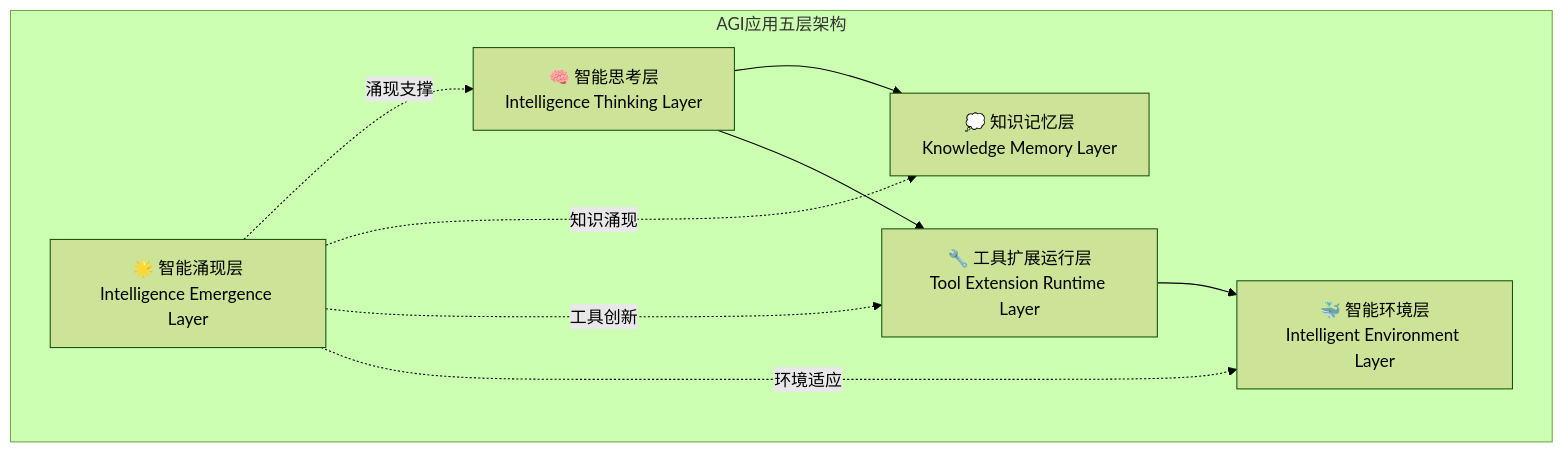
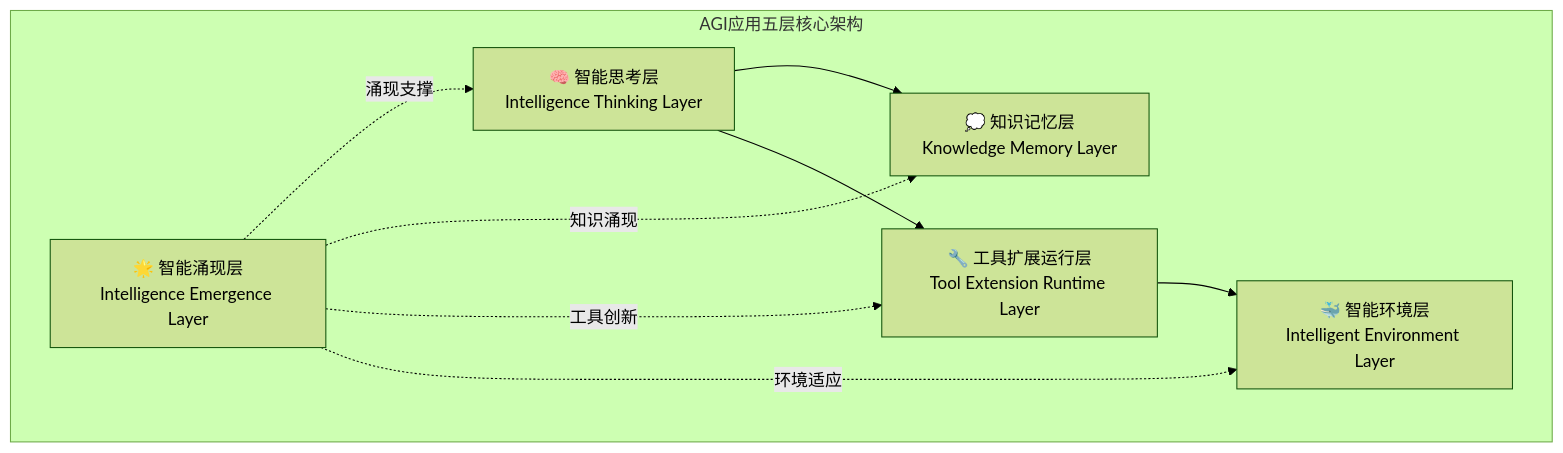
One commit to youyoude/agi-app-dev-guide-book changed the seventh of 9 diagrams in 前言部分/从多智能体到AGI应用.md. Above: the diagram before and after it, drawn with Mermaid (forest theme). The commit also changed other lines of this file and 1 other file, not shown here.

````diff
--- a/前言部分/从多智能体到AGI应用.md
+++ b/前言部分/从多智能体到AGI应用.md
@@ -330,19 +378,19 @@
 ```mermaid
 graph TB
-    subgraph "AGI应用五层架构"
+    subgraph "AGI应用五层核心架构"
         IE["🌟 智能涌现层<br/>Intelligence Emergence Layer"]
         IT["🧠 智能思考层<br/>Intelligence Thinking Layer"]
         KM["💭 知识记忆层<br/>Knowledge Memory Layer"]
         TR["🔧 工具扩展运行层<br/>Tool Extension Runtime Layer"]
         ENV["🐳 智能环境层<br/>Intelligent Environment Layer"]
     end
     
     IE -.->|涌现支撑| IT
     IE -.->|知识涌现| KM  
     IE -.->|工具创新| TR
     IE -.->|环境适应| ENV
     
     IT --> KM
     IT --> TR
     TR --> ENV
 ```
````
